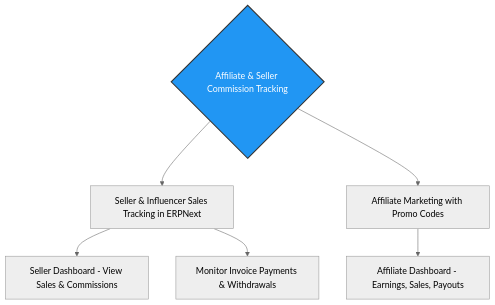
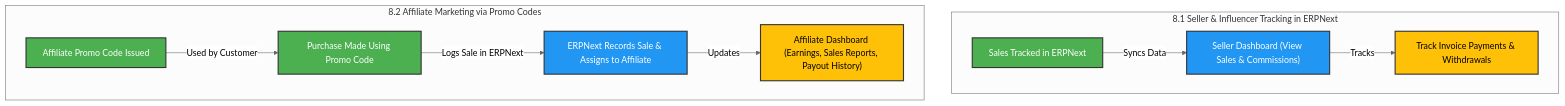
Before and after one commit to LuigiClemente/workflow: the eighth of 10 diagrams in README.md, drawn with Mermaid (neutral theme). The commit also changed other lines of this file, not shown here.

````diff
--- a/README.md
+++ b/README.md
@@ -282,17 +393,32 @@
 ```mermaid
 flowchart TD
     %% Define Colors
-    classDef processStyle fill:#2196F3,stroke:#333,stroke-width:2px,color:#fff;
+    classDef trackingStyle fill:#4CAF50,stroke:#333,stroke-width:2px,color:#fff;
+    classDef commissionStyle fill:#2196F3,stroke:#333,stroke-width:2px,color:#fff;
+    classDef payoutStyle fill:#FFC107,stroke:#333,stroke-width:2px,color:#000;
 
-    %% Commission Tracking
-    commissionTracking{"Affiliate & Seller Commission Tracking"}
-    class commissionTracking processStyle
+    %% Seller & Influencer Tracking in ERPNext
+    subgraph Seller_Tracking["8.1 Seller & Influencer Tracking in ERPNext"]
+        SalesTracked["Sales Tracked in ERPNext"]:::trackingStyle
+        SellerUI["Seller Dashboard (View Sales & Commissions)"]:::commissionStyle
+        InvoiceTracking["Track Invoice Payments & Withdrawals"]:::payoutStyle
+    end
 
-    commissionTracking --> sellerTracking["Seller & Influencer Sales Tracking in ERPNext"]
-    sellerTracking --> sellerDashboard["Seller Dashboard - View Sales & Commissions"]
-    sellerTracking --> invoiceManagement["Monitor Invoice Payments & Withdrawals"]
+    %% Affiliate Marketing via Promo Codes
+    subgraph Affiliate_Tracking["8.2 Affiliate Marketing via Promo Codes"]
+        PromoCode["Affiliate Promo Code Issued"]:::trackingStyle
+        PurchaseMade["Purchase Made Using Promo Code"]:::trackingStyle
+        RecordSale["ERPNext Records Sale & Assigns to Affiliate"]:::commissionStyle
+        AffiliateDashboard["Affiliate Dashboard (Earnings, Sales Reports, Payout History)"]:::payoutStyle
+    end
 
-    commissionTracking --> promoTracking["Affiliate Marketing with Promo Codes"]
-    promoTracking --> affiliateDashboard["Affiliate Dashboard - Earnings, Sales, Payouts"]
+    %% Connections
+    SalesTracked -->|Syncs Data| SellerUI
+    SellerUI -->|Tracks| InvoiceTracking
+
+    PromoCode -->|Used by Customer| PurchaseMade
+    PurchaseMade -->|Logs Sale in ERPNext| RecordSale
+    RecordSale -->|Updates| AffiliateDashboard
+
 
 ```
````
